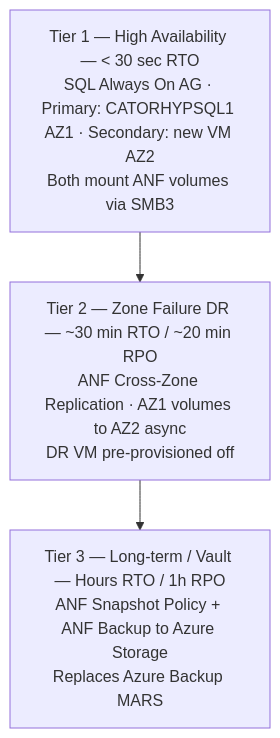
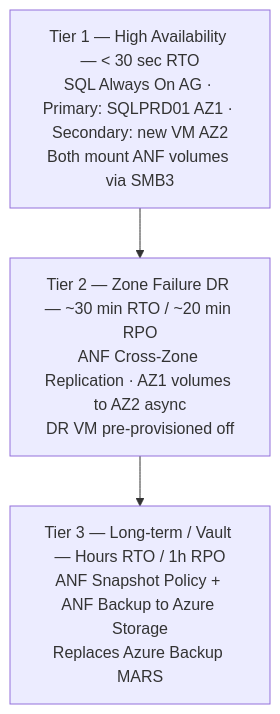
The fourth of 4 diagrams in README.md (gko01/ANF-for-SQL), drawn with Mermaid before and after one commit. The commit also changed other lines of this file and 2 other files, not shown here.

````diff
--- a/README.md
+++ b/README.md
@@ -427,7 +427,7 @@
 ```mermaid
 flowchart TB
-    t1["Tier 1 — High Availability — &lt; 30 sec RTO<br/>SQL Always On AG · Primary: CATORHYPSQL1 AZ1 · Secondary: new VM AZ2<br/>Both mount ANF volumes via SMB3"]
+    t1["Tier 1 — High Availability — &lt; 30 sec RTO<br/>SQL Always On AG · Primary: SQLPRD01 AZ1 · Secondary: new VM AZ2<br/>Both mount ANF volumes via SMB3"]
     t2["Tier 2 — Zone Failure DR — ~30 min RTO / ~20 min RPO<br/>ANF Cross-Zone Replication · AZ1 volumes to AZ2 async<br/>DR VM pre-provisioned off"]
     t3["Tier 3 — Long-term / Vault — Hours RTO / 1h RPO<br/>ANF Snapshot Policy + ANF Backup to Azure Storage<br/>Replaces Azure Backup MARS"]
     t1 --> t2 --> t3
 ```
````
